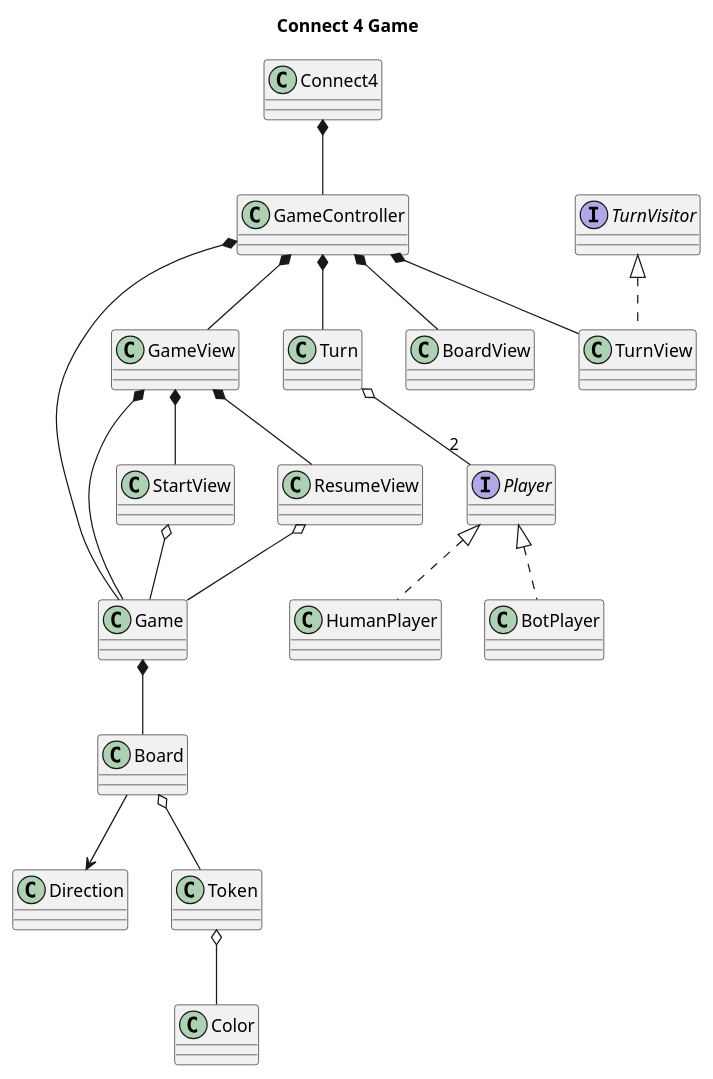
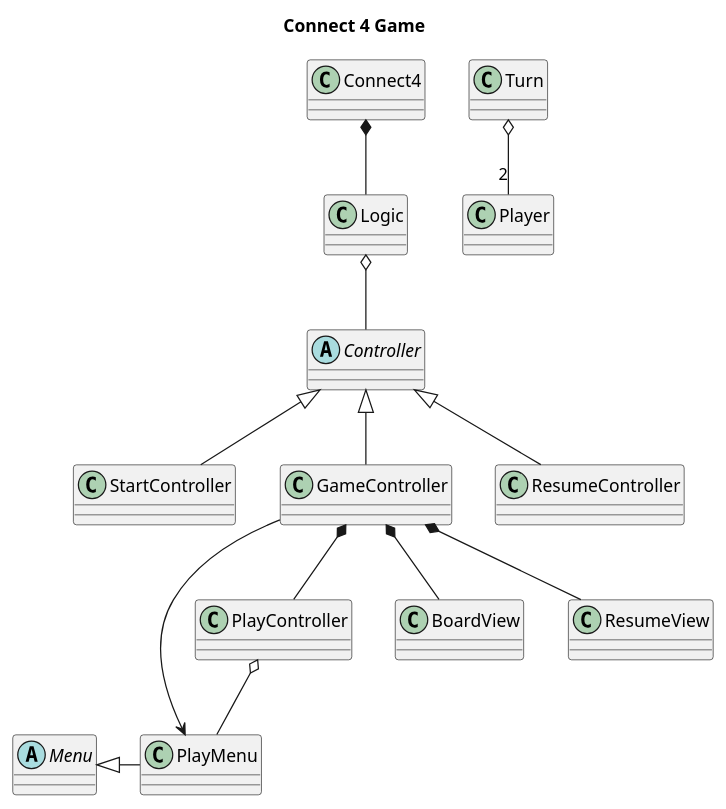
One commit to marcmorente/connect4game changed the diagram in docs/connect4game.puml. Above: the diagram before and after it, drawn with PlantUML.

Commit message:
doc in progress

```diff
--- a/docs/connect4game.puml
+++ b/docs/connect4game.puml
@@ -1,41 +1,34 @@
 @startuml Connect4game
 
 skinparam classAttributeIconSize 0
 title Connect 4 Game
 class Connect4
+class Logic
+abstract class Controller
+class StartController
 class GameController
-class Game
-class Turn
-class GameView
-class StartView
+class PlayController
+class ResumeController
+class BoardView
 class ResumeView
-class BoardView
-class TurnView implements TurnVisitor
-class HumanPlayer implements Player
-class BotPlayer implements Player
-class Board
-class Direction
-class Token
-class Color
-interface Player
-interface TurnVisitor
+abstract class Menu
+class PlayMenu
+
+
+Connect4 *-- Logic
+Logic o-- Controller
+Controller <|-- StartController
+Controller <|-- GameController
+Controller <|-- ResumeController
+Menu <|- PlayMenu
+
+GameController *-- PlayController
+GameController *-- BoardView
+GameController *-- ResumeView
+GameController --> PlayMenu
+PlayController o-- PlayMenu
 
 Turn o-- "2" Player
 
-Connect4 *-- GameController
-GameController *-- Game
-GameController *-- Turn
-GameController *-- GameView
-GameController *-- TurnView
-GameController *-- BoardView
-GameView *-- Game
-GameView *-- StartView
-GameView *-- ResumeView
-Game *-- Board
-StartView o-- Game
-ResumeView o-- Game
-Token o-- Color
-Board o-- Token
-Board --> Direction
 
 @enduml
```
